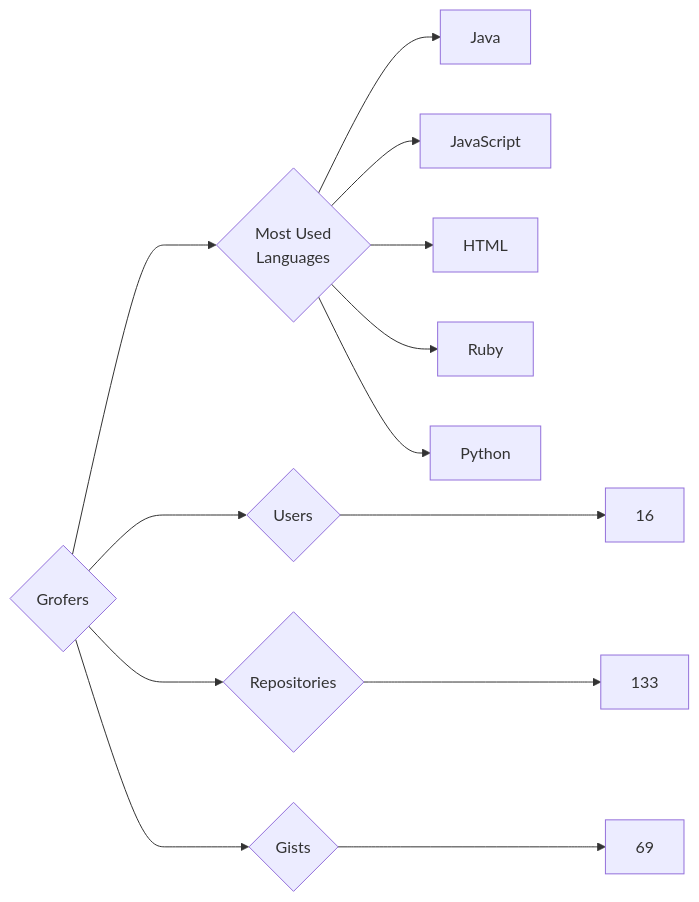
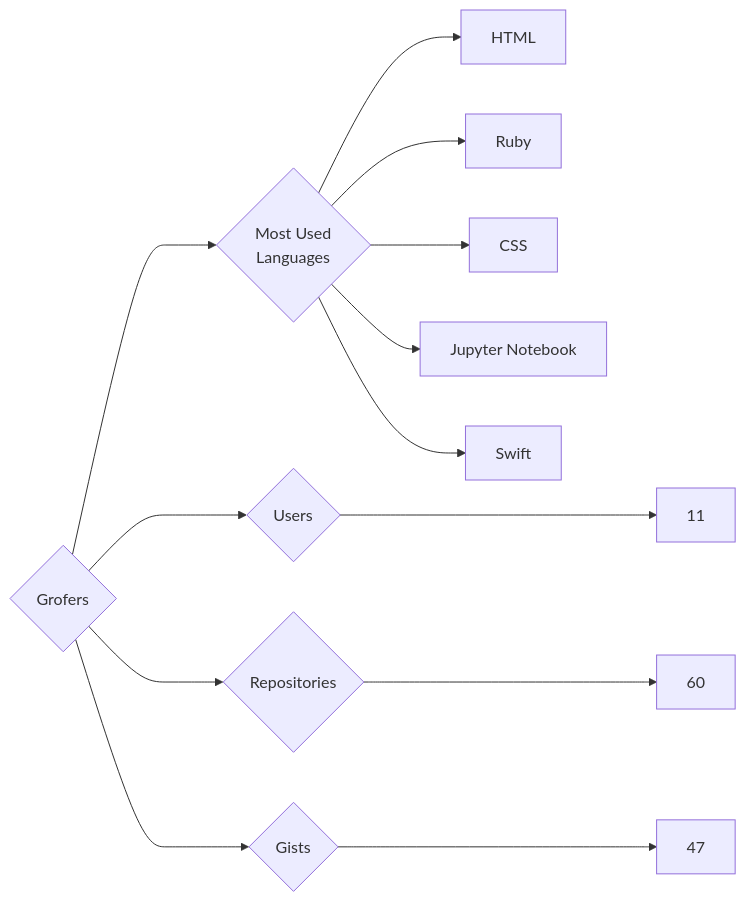
The diagram in targets/Grofers/README.md (trickest/insiders), drawn with Mermaid before and after one commit. The commit also changed 1212 other files, not shown here.

````diff
--- a/targets/Grofers/README.md
+++ b/targets/Grofers/README.md
@@ -3,13 +3,13 @@
 ```mermaid
 graph LR
 COMPANY_NAME{Grofers}
-COMPANY_NAME ---> U{Users} ---> UN[16]
-COMPANY_NAME ---> R{Repositories} ---> RN[133]
-COMPANY_NAME ---> G{Gists} ---> GN[69]
+COMPANY_NAME ---> U{Users} ---> UN[11]
+COMPANY_NAME ---> R{Repositories} ---> RN[60]
+COMPANY_NAME ---> G{Gists} ---> GN[47]
 COMPANY_NAME ---> ML{Most Used<br>Languages}
-ML --> Java[Java]
-ML --> JavaScript[JavaScript]
 ML --> HTML[HTML]
 ML --> Ruby[Ruby]
-ML --> Python[Python]
+ML --> CSS[CSS]
+ML --> Jupyter_Notebook[Jupyter Notebook]
+ML --> Swift[Swift]
 ```
````
